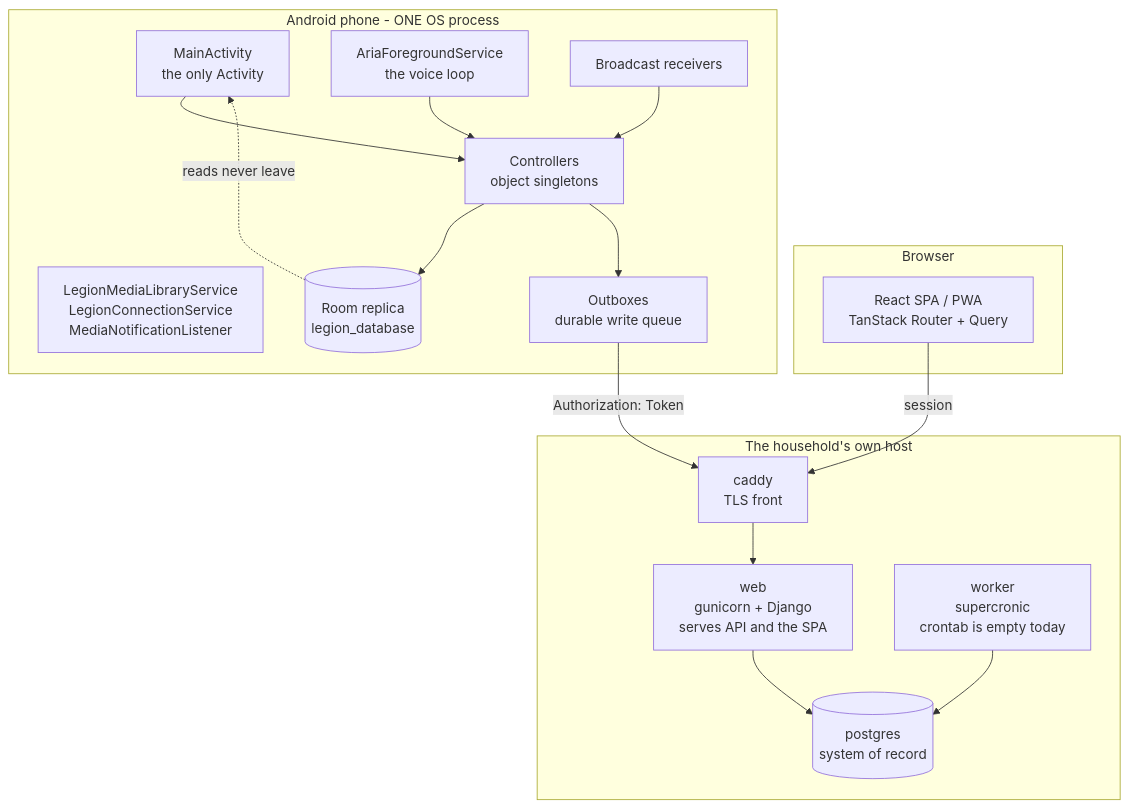
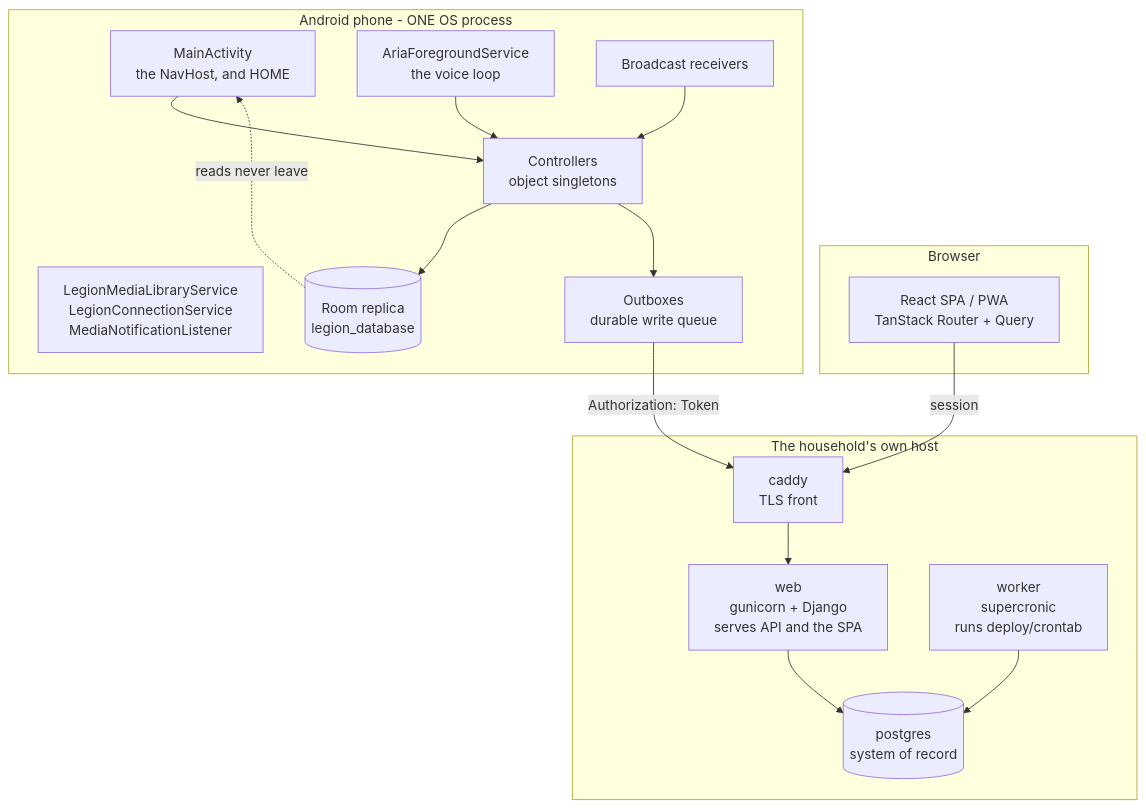
The diagram in docs/architecture/c2-containers.md (kevinmyo-code/legion), drawn with Mermaid before and after one commit. The commit also changed other lines of this file and 7 other files, not shown here.

First line of the commit message:
Architecture docs and glossary match the engine as it is on 2026-10-14

````diff
--- a/docs/architecture/c2-containers.md
+++ b/docs/architecture/c2-containers.md
@@ -14,35 +14,35 @@
 ```mermaid
 graph TB
     subgraph Host["The household's own host"]
         Web["web<br/>gunicorn + Django<br/>serves API and the SPA"]
-        Worker["worker<br/>supercronic<br/>crontab is empty today"]
+        Worker["worker<br/>supercronic<br/>runs deploy/crontab"]
         PG[("postgres<br/>system of record")]
         Caddy["caddy<br/>TLS front"]
         Caddy --> Web
         Web --> PG
         Worker --> PG
     end
 
     subgraph Browser["Browser"]
         SPA["React SPA / PWA<br/>TanStack Router + Query"]
     end
 
     subgraph Phone["Android phone - ONE OS process"]
-        MA["MainActivity<br/>the only Activity"]
+        MA["MainActivity<br/>the NavHost, and HOME"]
         AFS["AriaForegroundService<br/>the voice loop"]
         Svc["LegionMediaLibraryService<br/>LegionConnectionService<br/>MediaNotificationListener"]
         RX["Broadcast receivers"]
         Ctl["Controllers<br/>object singletons"]
         Room[("Room replica<br/>legion_database")]
         OB["Outboxes<br/>durable write queue"]
     end
 
     SPA -->|"session"| Caddy
     MA --> Ctl
     AFS --> Ctl
     RX --> Ctl
     Ctl --> Room
     Ctl --> OB
     OB -->|"Authorization: Token"| Caddy
     Room -.->|"reads never leave"| MA
 ```
````
